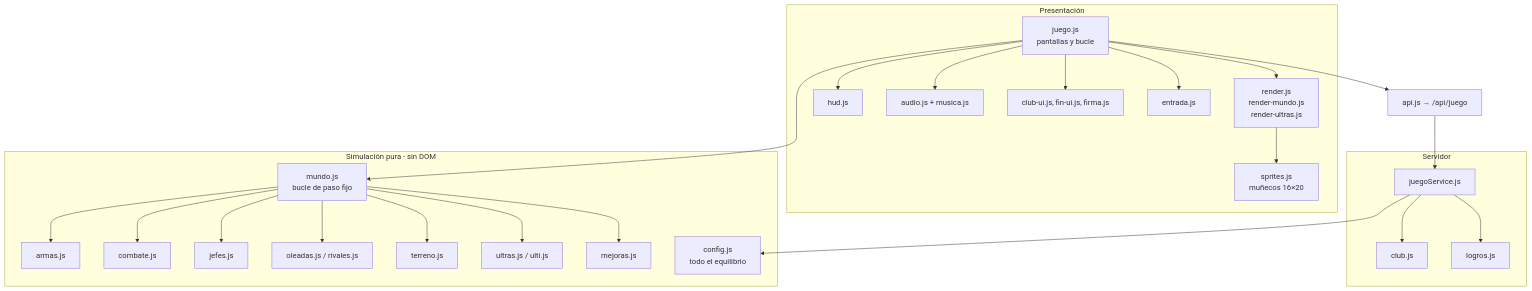
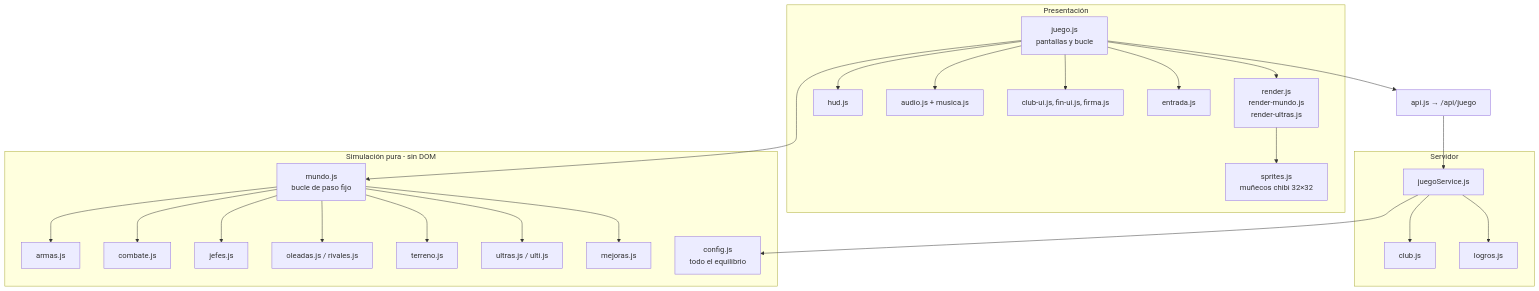
Before and after one commit to VelaElDios/la-grada-colchonera-saas: diagram 20 of 21 in docs/documentacion-tecnica.md, drawn with Mermaid. The commit also changed other lines of this file and 40 other files, not shown here.

Commit message:
Fase 7: muñecos chibi, mapa nuevo, menú rediseñado, pausa con árbol de habilidades y habilidades y combinaciones nuevas

````diff
--- a/docs/documentacion-tecnica.md
+++ b/docs/documentacion-tecnica.md
@@ -926,29 +926,29 @@
 ```mermaid
 flowchart TB
     subgraph Simulación pura - sin DOM
         MUNDO["mundo.js<br/>bucle de paso fijo"] --> ARMAS["armas.js"]
         MUNDO --> COMBATE["combate.js"]
         MUNDO --> JEFES["jefes.js"]
         MUNDO --> OLEADAS["oleadas.js / rivales.js"]
         MUNDO --> TERRENO["terreno.js"]
         MUNDO --> ULTRAS["ultras.js / ulti.js"]
         MUNDO --> MEJORAS["mejoras.js"]
         CONFIG["config.js<br/>todo el equilibrio"]
     end
     subgraph Presentación
         JUEGO["juego.js<br/>pantallas y bucle"] --> RENDER["render.js<br/>render-mundo.js<br/>render-ultras.js"]
-        RENDER --> SPRITES["sprites.js<br/>muñecos 16×20"]
+        RENDER --> SPRITES["sprites.js<br/>muñecos chibi 32×32"]
         JUEGO --> HUD["hud.js"]
         JUEGO --> AUDIO["audio.js + musica.js"]
         JUEGO --> UI2["club-ui.js, fin-ui.js, firma.js"]
         JUEGO --> ENTRADA["entrada.js"]
     end
     JUEGO --> MUNDO
     JUEGO --> API["api.js → /api/juego"]
     subgraph Servidor
         JS["juegoService.js"] --> CLUB["club.js"]
         JS --> CONFIG
         JS --> LOGROS["logros.js"]
     end
     API --> JS
 ```
````
